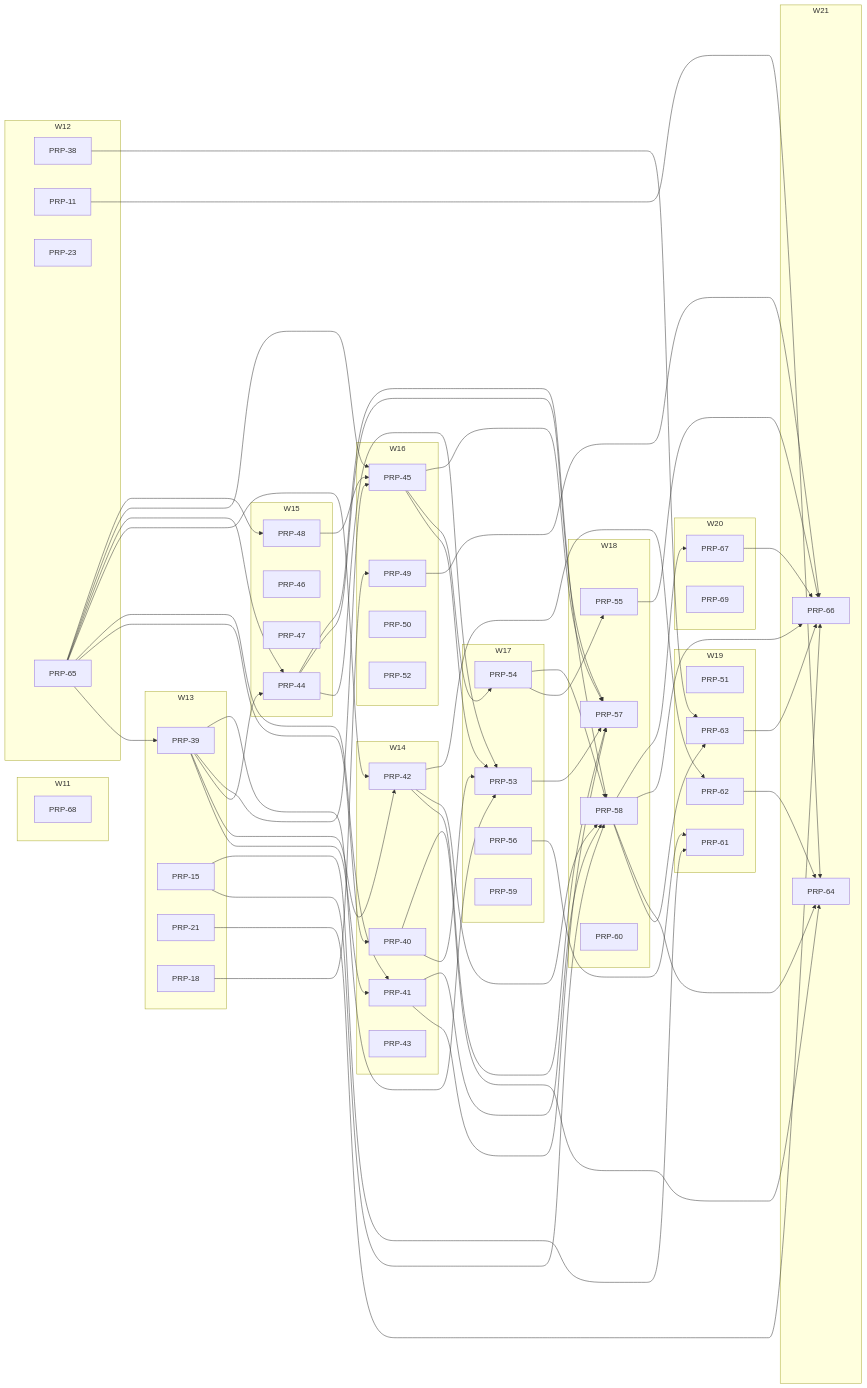
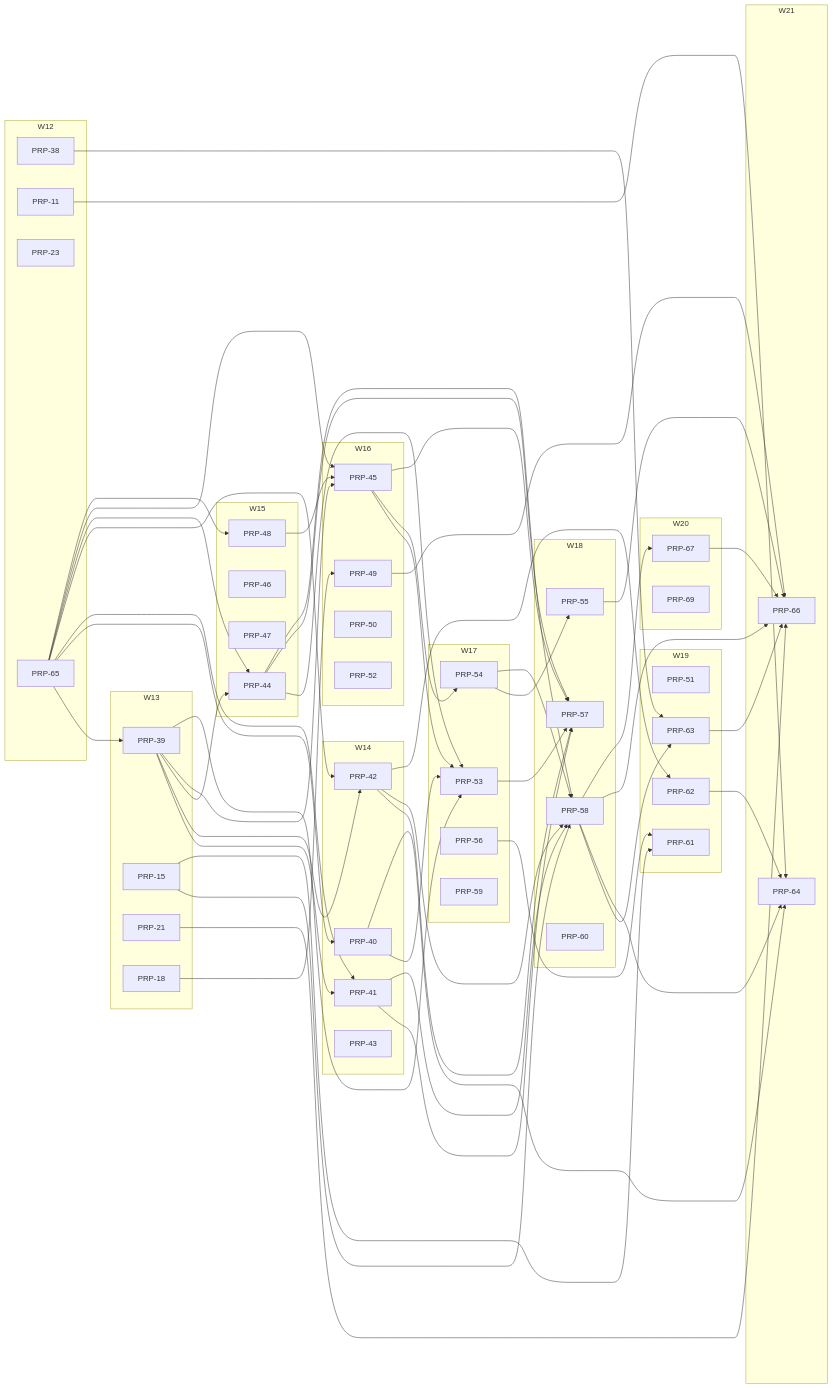
Before and after one commit to fgarofalo56/neurosphere: the diagram in PRPs/EXECUTION-PLAN.md, drawn with Mermaid. The commit also changed other lines of this file and 15 other files, not shown here.

````diff
--- a/PRPs/EXECUTION-PLAN.md
+++ b/PRPs/EXECUTION-PLAN.md
@@ -171,8 +163,5 @@
 ```mermaid
 flowchart LR
-  subgraph W11
-    P68["PRP-68"]
-  end
   subgraph W12
     P38["PRP-38"]
     P11["PRP-11"]
````
